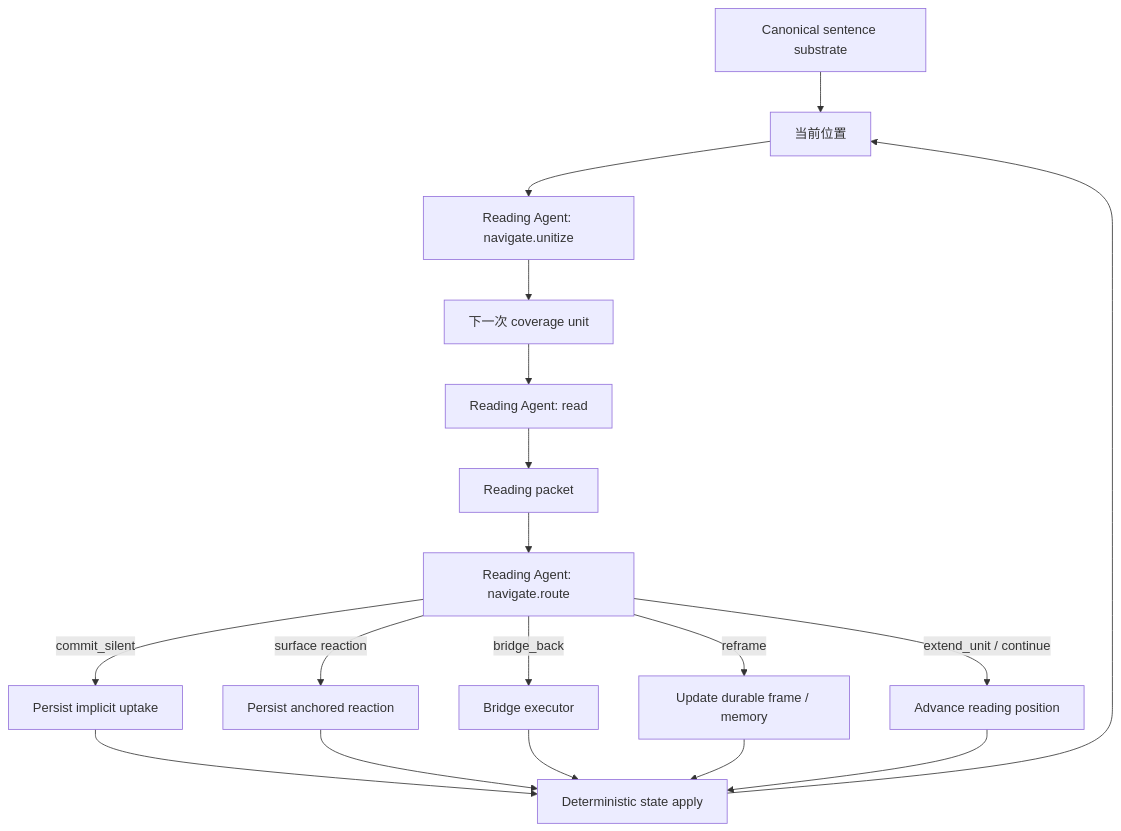
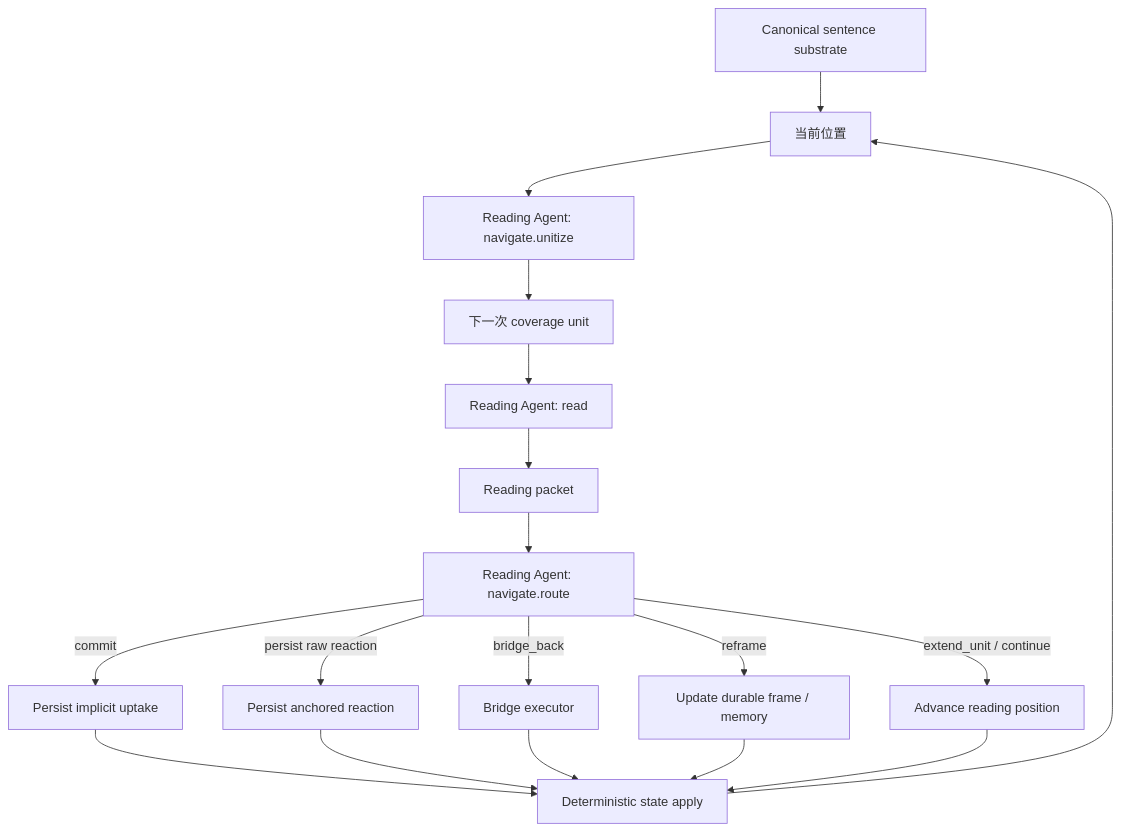
The second of 2 diagrams in reading-companion-backend/docs/evaluation/long_span/attentional_v2_accumulation_benchmark_v1_judged_rerun_20260407_followup_reflection_and_decisions.md (byWhale/second-reader), drawn with Mermaid before and after one commit. The commit also changed other lines of this file and 1 other file, not shown here.

Commit message:
Refine reading memory and raw reaction design

````diff
--- a/reading-companion-backend/docs/evaluation/long_span/attentional_v2_accumulation_benchmark_v1_judged_rerun_20260407_followup_reflection_and_decisions.md
+++ b/reading-companion-backend/docs/evaluation/long_span/attentional_v2_accumulation_benchmark_v1_judged_rerun_20260407_followup_reflection_and_decisions.md
@@ -666,22 +955,22 @@
 ```mermaid
 flowchart TD
     A["Canonical sentence substrate"] --> B["当前位置"]
     B --> C["Reading Agent: navigate.unitize"]
     C --> D["下一次 coverage unit"]
     D --> E["Reading Agent: read"]
     E --> F["Reading packet"]
     F --> G["Reading Agent: navigate.route"]
 
-    G -->|"commit_silent"| H["Persist implicit uptake"]
-    G -->|"surface reaction"| I["Persist anchored reaction"]
+    G -->|"commit"| H["Persist implicit uptake"]
+    G -->|"persist raw reaction"| I["Persist anchored reaction"]
     G -->|"bridge_back"| J["Bridge executor"]
     G -->|"reframe"| K["Update durable frame / memory"]
     G -->|"extend_unit / continue"| L["Advance reading position"]
 
     H --> M["Deterministic state apply"]
     I --> M
     J --> M
     K --> M
     L --> M
     M --> B
 ```
````
